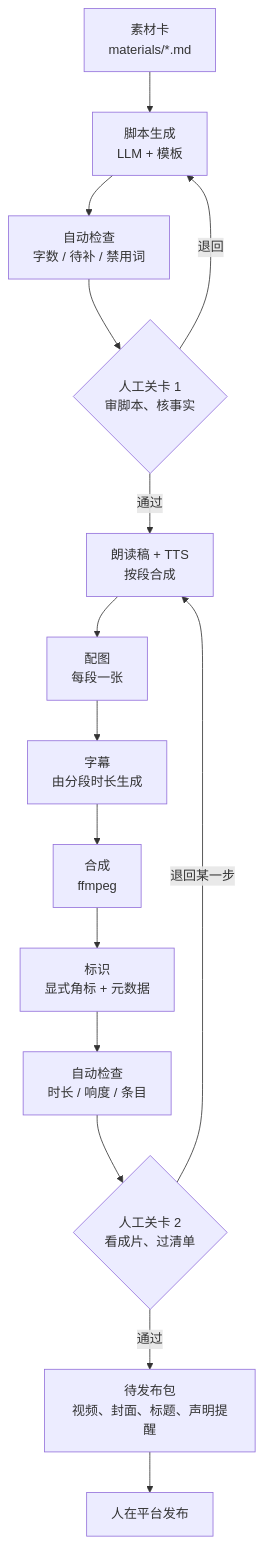
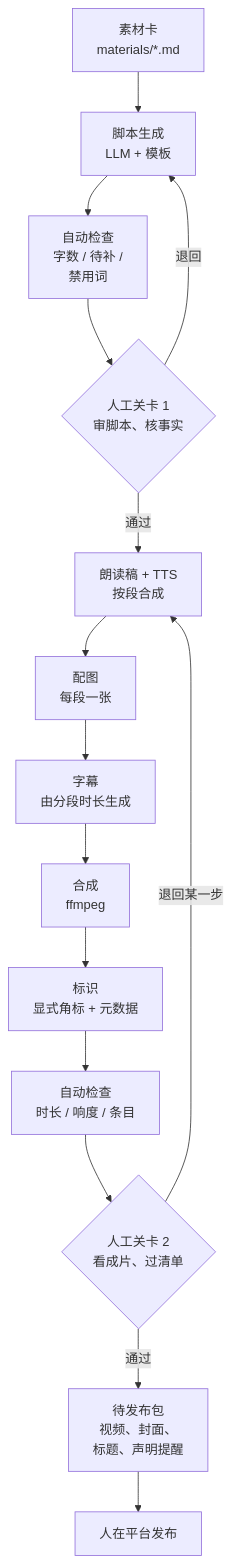
Before and after one commit to jarvis-pro/hatch-shelf: the diagram in books/ai-content-pipeline/07-pipeline.md, drawn with Mermaid. The commit also changed other lines of this file and 432 other files, not shown here.

````diff
--- a/books/ai-content-pipeline/07-pipeline.md
+++ b/books/ai-content-pipeline/07-pipeline.md
@@ -11,17 +11,17 @@
 ```mermaid
 flowchart TB
   M["素材卡<br/>materials/*.md"] --> S1["脚本生成<br/>LLM + 模板"]
-  S1 --> C1["自动检查<br/>字数 / 待补 / 禁用词"]
+  S1 --> C1["自动检查<br/>字数 / 待补 /<br/>禁用词"]
   C1 --> G1{"人工关卡 1<br/>审脚本、核事实"}
   G1 -->|"通过"| S2["朗读稿 + TTS<br/>按段合成"]
   G1 -->|"退回"| S1
   S2 --> S3["配图<br/>每段一张"]
   S3 --> S4["字幕<br/>由分段时长生成"]
   S4 --> S5["合成<br/>ffmpeg"]
   S5 --> S6["标识<br/>显式角标 + 元数据"]
   S6 --> C2["自动检查<br/>时长 / 响度 / 条目"]
   C2 --> G2{"人工关卡 2<br/>看成片、过清单"}
-  G2 -->|"通过"| P["待发布包<br/>视频、封面、标题、声明提醒"]
+  G2 -->|"通过"| P["待发布包<br/>视频、封面、<br/>标题、声明提醒"]
   G2 -->|"退回某一步"| S2
   P --> H["人在平台发布"]
 ```
````
